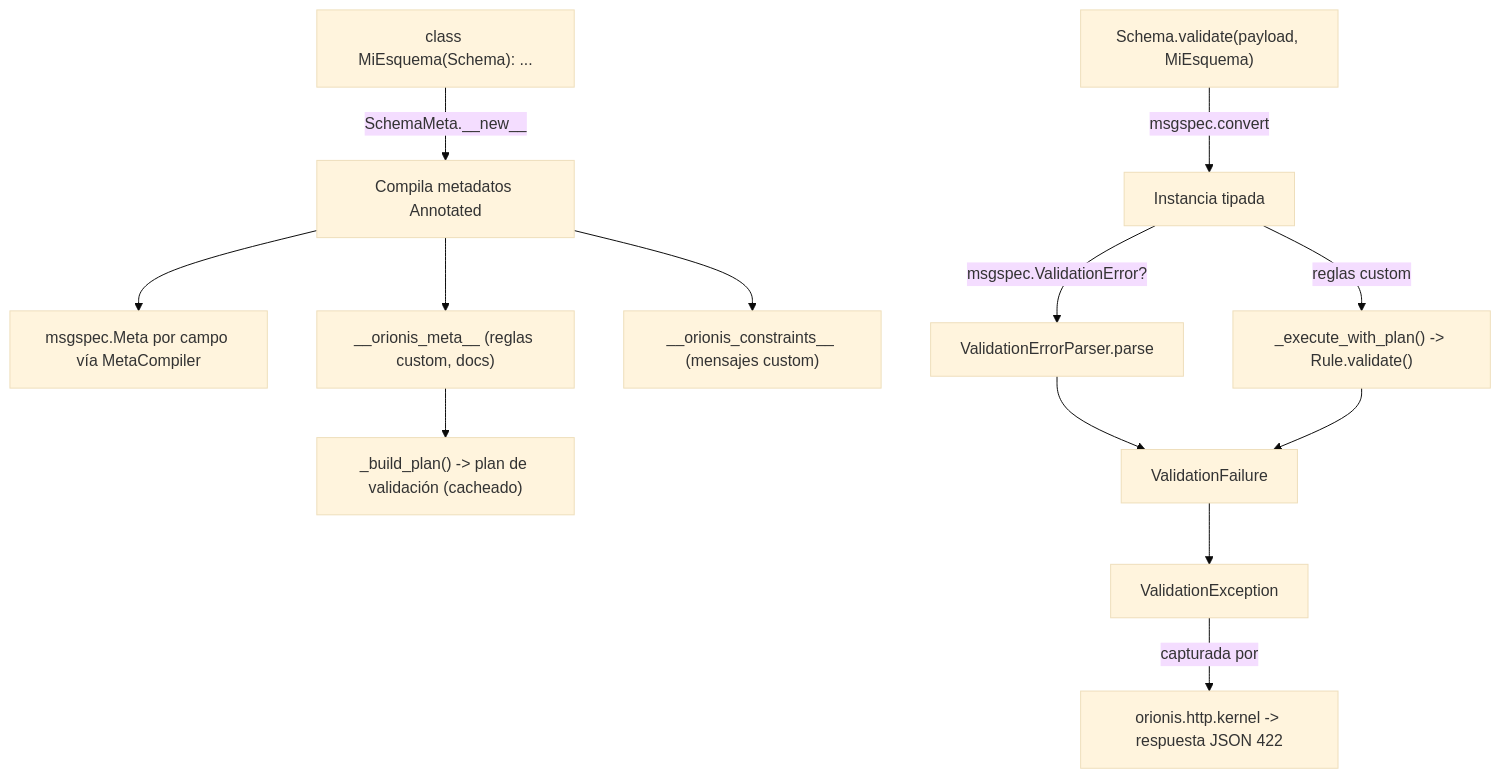
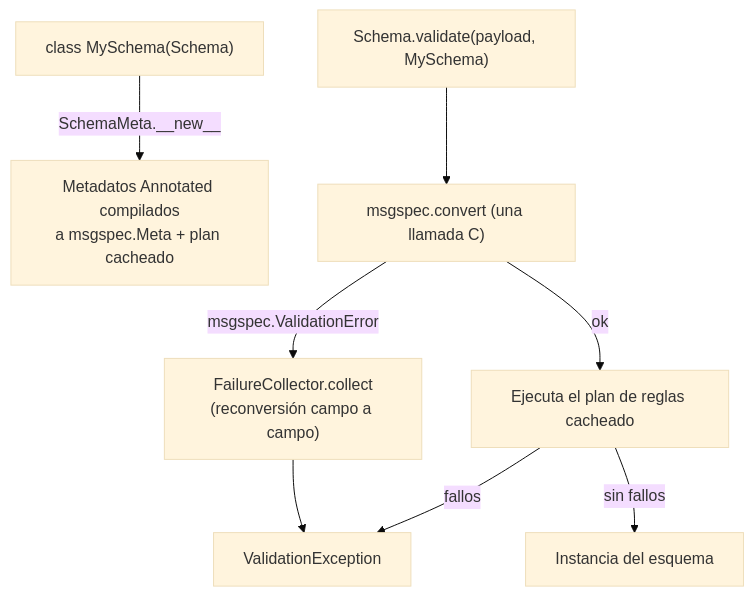
Before and after one commit to orionis-framework/framework: the diagram in orionis/schemas/docs/README.es.md, drawn with Mermaid (base theme). The commit also changed other lines of this file and 2 other files, not shown here.

````diff
--- a/orionis/schemas/docs/README.es.md
+++ b/orionis/schemas/docs/README.es.md
@@ -110,15 +67,10 @@
 ```mermaid
-graph TD
-    A["class MiEsquema(Schema): ..."] -->|SchemaMeta.__new__| B[Compila metadatos Annotated]
-    B --> C[msgspec.Meta por campo vía MetaCompiler]
-    B --> D["__orionis_meta__ (reglas custom, docs)"]
-    B --> E["__orionis_constraints__ (mensajes custom)"]
-    D --> F["_build_plan() -> plan de validación (cacheado)"]
-    G["Schema.validate(payload, MiEsquema)"] -->|msgspec.convert| H[Instancia tipada]
-    H -->|msgspec.ValidationError?| I[ValidationErrorParser.parse]
-    H -->|reglas custom| J["_execute_with_plan() -> Rule.validate()"]
-    I --> K[ValidationFailure]
-    J --> K
-    K --> L[ValidationException]
-    L -->|capturada por| M[orionis.http.kernel -> respuesta JSON 422]
+flowchart TD
+    A["class MySchema(Schema)"] -->|SchemaMeta.__new__| B["Metadatos Annotated compilados\na msgspec.Meta + plan cacheado"]
+    C["Schema.validate(payload, MySchema)"] --> D["msgspec.convert (una llamada C)"]
+    D -->|ok| E["Ejecuta el plan de reglas cacheado"]
+    E -->|fallos| G["ValidationException"]
+    E -->|sin fallos| F["Instancia del esquema"]
+    D -->|msgspec.ValidationError| H["FailureCollector.collect\n(reconversión campo a campo)"]
+    H --> G
 ```
````
